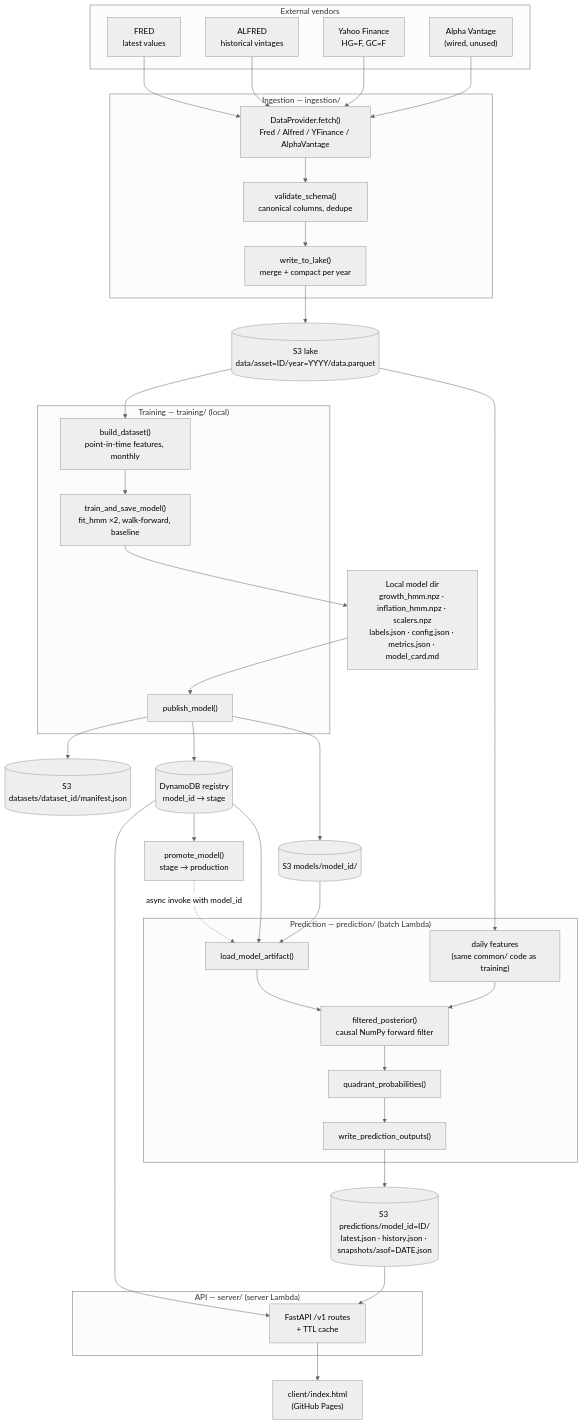
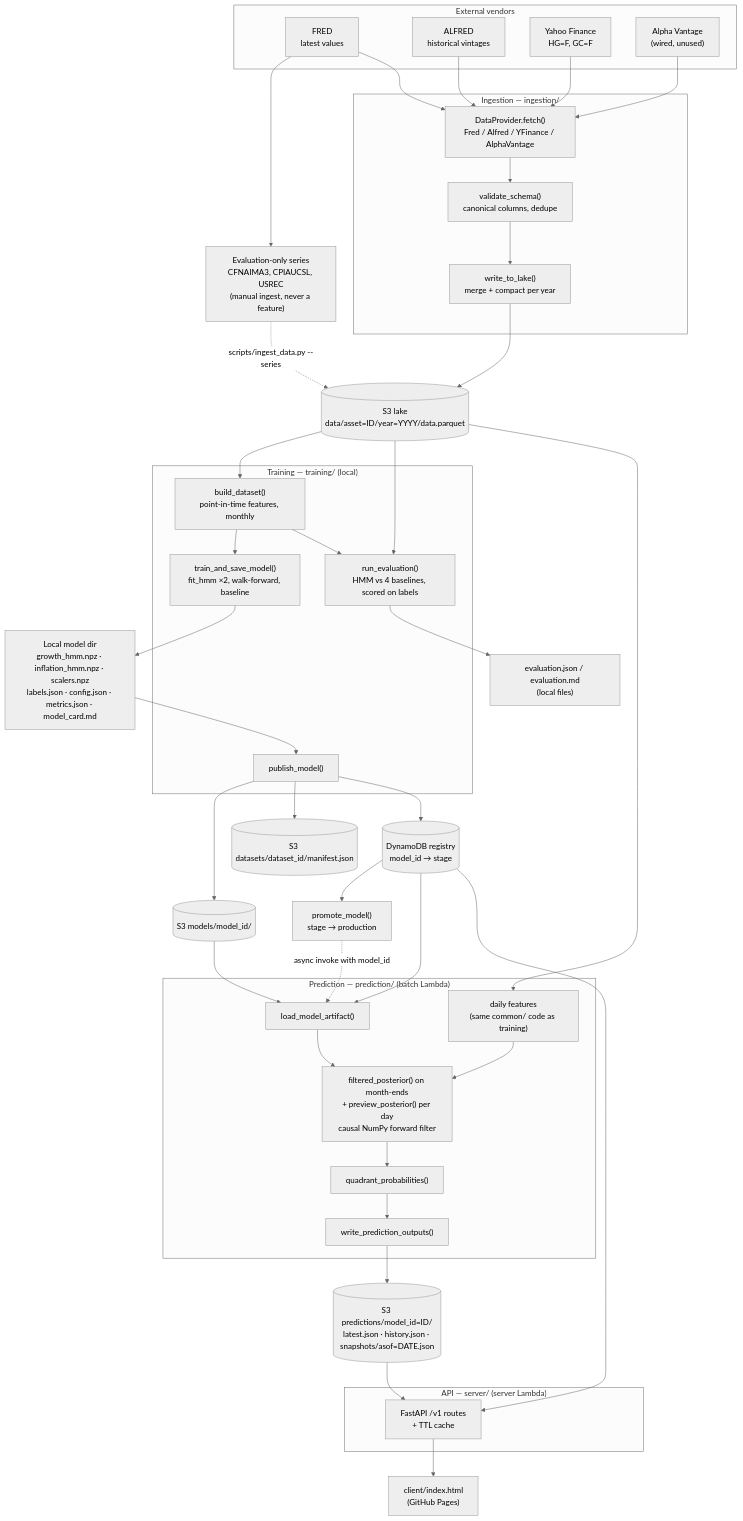
Before and after one commit to jyjulianwong/Market-Regime-Detector: the seventh of 10 diagrams in ARCHITECTURE.md, drawn with Mermaid (neutral theme). The commit also changed other lines of this file, not shown here.

First line of the commit message:
Update ARCHITECTURE.md for evaluation harness and monthly-consistent daily inference

````diff
--- a/ARCHITECTURE.md
+++ b/ARCHITECTURE.md
@@ -561,67 +609,74 @@
 ```mermaid
 flowchart TB
     subgraph vendors["External vendors"]
         FRED["FRED<br/>latest values"]
         ALFRED["ALFRED<br/>historical vintages"]
         YF["Yahoo Finance<br/>HG=F, GC=F"]
         AV["Alpha Vantage<br/>(wired, unused)"]
     end
 
     subgraph ingest["Ingestion — ingestion/"]
         PROV["DataProvider.fetch()<br/>Fred / Alfred / YFinance / AlphaVantage"]
         VAL["validate_schema()<br/>canonical columns, dedupe"]
         WRITE["write_to_lake()<br/>merge + compact per year"]
     end
 
     LAKE[("S3 lake<br/>data/asset=ID/year=YYYY/data.parquet")]
 
     subgraph train["Training — training/ (local)"]
         DS["build_dataset()<br/>point-in-time features, monthly"]
         FIT["train_and_save_model()<br/>fit_hmm ×2, walk-forward, baseline"]
         PUB["publish_model()"]
+        EVAL["run_evaluation()<br/>HMM vs 4 baselines, scored on labels"]
     end
 
     LOCAL["Local model dir<br/>growth_hmm.npz · inflation_hmm.npz · scalers.npz<br/>labels.json · config.json · metrics.json · model_card.md"]
     MODELS[("S3 models/model_id/")]
     MANI[("S3 datasets/dataset_id/manifest.json")]
     REG[("DynamoDB registry<br/>model_id → stage")]
     PROMO["promote_model()<br/>stage → production"]
 
     subgraph pred["Prediction — prediction/ (batch Lambda)"]
         LOAD["load_model_artifact()"]
         FEAT["daily features<br/>(same common/ code as training)"]
-        FILT["filtered_posterior()<br/>causal NumPy forward filter"]
+        FILT["filtered_posterior() on month-ends<br/>+ preview_posterior() per day<br/>causal NumPy forward filter"]
         QUAD["quadrant_probabilities()"]
         OUT["write_prediction_outputs()"]
     end
 
     PRED[("S3 predictions/model_id=ID/<br/>latest.json · history.json · snapshots/asof=DATE.json")]
 
     subgraph api["API — server/ (server Lambda)"]
         ROUTES["FastAPI /v1 routes<br/>+ TTL cache"]
     end
     CLIENT["client/index.html<br/>(GitHub Pages)"]
 
+    LABELS["Evaluation-only series<br/>CFNAIMA3, CPIAUCSL, USREC<br/>(manual ingest, never a feature)"]
+    FRED --> LABELS
     FRED --> PROV
     ALFRED --> PROV
     YF --> PROV
     AV --> PROV
     PROV --> VAL --> WRITE --> LAKE
 
+    LABELS -. "scripts/ingest_data.py --series" .-> LAKE
     LAKE --> DS --> FIT --> LOCAL --> PUB
+    DS --> EVAL
+    LAKE --> EVAL
+    EVAL --> EVALOUT["evaluation.json / evaluation.md<br/>(local files)"]
     PUB --> MODELS
     PUB --> MANI
     PUB --> REG
     REG --> PROMO
     PROMO -. "async invoke with model_id" .-> LOAD
 
     REG --> LOAD
     MODELS --> LOAD
     LAKE --> FEAT
     LOAD --> FILT
     FEAT --> FILT --> QUAD --> OUT --> PRED
 
     REG --> ROUTES
     PRED --> ROUTES
     ROUTES --> CLIENT
 ```
````
